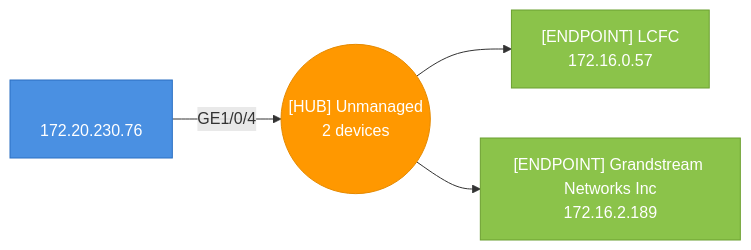
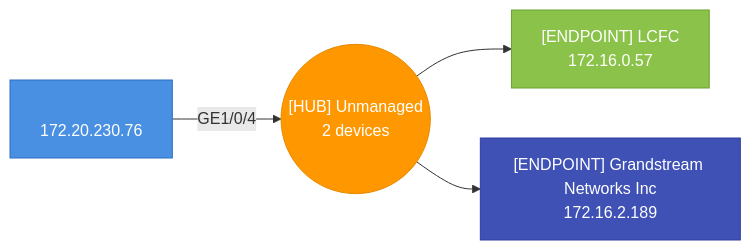
Before and after one commit to djamic/LLDP-Skanner-Go: the seventh of 48 diagrams in testdata/golden/audit_default.md, drawn with Mermaid. The commit also changed other lines of this file and 26 other files, not shown here.

Commit message:
Add standalone extensible VoIP detection module (Yealink, Grandstream, etc.) and integrate into topology graph

````diff
--- a/testdata/golden/audit_default.md
+++ b/testdata/golden/audit_default.md
@@ -1886,14 +1886,14 @@
 ```mermaid
 graph LR
   hub_4caea38decc1_p4(("[HUB] Unmanaged<br>2 devices"))
   4caea38decc1["<br>172.20.230.76"]
   4caea38decc1-- "GE1/0/4" -->hub_4caea38decc1_p4
   style 4caea38decc1 fill:#4A90E2,stroke:#2A6FC2,color:#fff
   902e169d3d37["[ENDPOINT] LCFC<br>172.16.0.57"]
   hub_4caea38decc1_p4-->902e169d3d37
   style 902e169d3d37 fill:#8BC34A,stroke:#6B9F30,color:#fff
   ec74d764cb9f["[ENDPOINT] Grandstream Networks Inc<br>172.16.2.189"]
   hub_4caea38decc1_p4-->ec74d764cb9f
-  style ec74d764cb9f fill:#8BC34A,stroke:#6B9F30,color:#fff
+  style ec74d764cb9f fill:#3F51B5,stroke:#303F9F,color:#fff
   style hub_4caea38decc1_p4 fill:#FF9800,stroke:#E68A00,color:#fff
 ```
````
